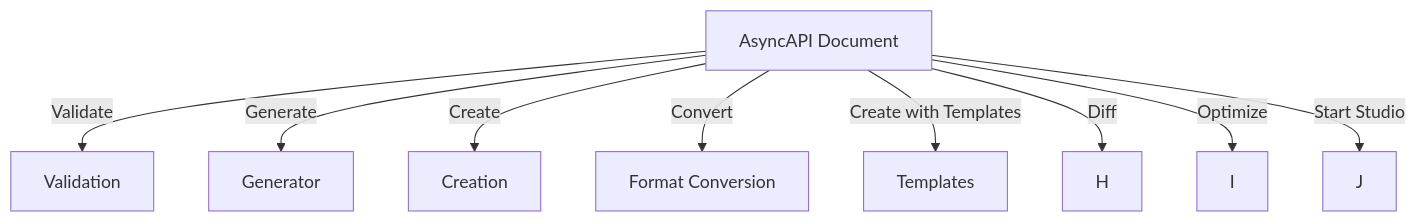
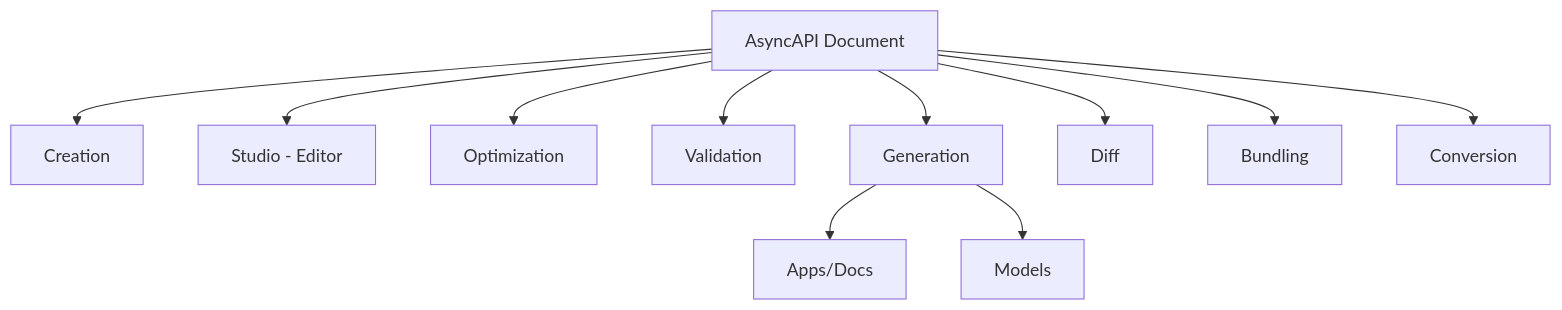
The first of 2 diagrams in docs/index.md (asyncapi/cli), drawn with Mermaid before and after one commit. The commit also changed other lines of this file, not shown here.

````diff
--- a/docs/index.md
+++ b/docs/index.md
@@ -31,18 +31,24 @@
 ```mermaid
 graph TD;
 A[AsyncAPI Document]
-B[Validation]
-C[Generator]
-D[Creation]
-E[Format Conversion]
-F[Templates]
-A-->|Validate|B;
-A-->|Generate|C;
-A-->|Create|D;
-A-->|Convert|E;
-A-->|Create with Templates|F;
-A-->|Diff|H;
-A-->|Optimize|I;
-A-->|Start Studio|J;
-
+B[Creation]
+J[Studio - Editor]
+I[Optimization]
+D[Validation]
+C[Generation]
+F[Apps/Docs]
+G[Models]
+H[Diff]
+K[Bundling]
+E[Conversion]
+A-->B;
+A-->D;
+A-->C;
+C-->F
+C-->G
+A-->H;
+A-->I;
+A-->J;
+A-->E;
+A-->K;
 ```
````
